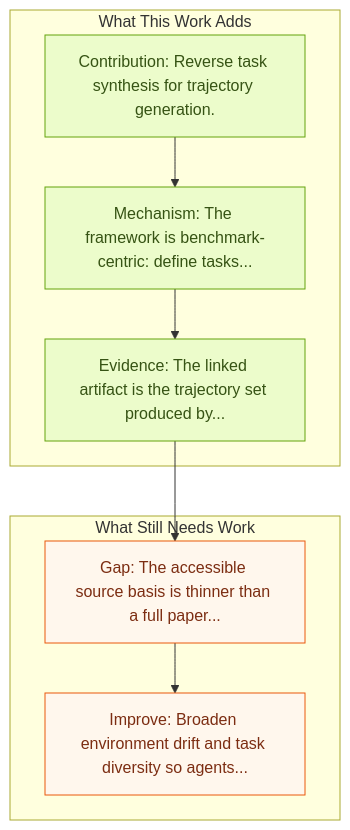
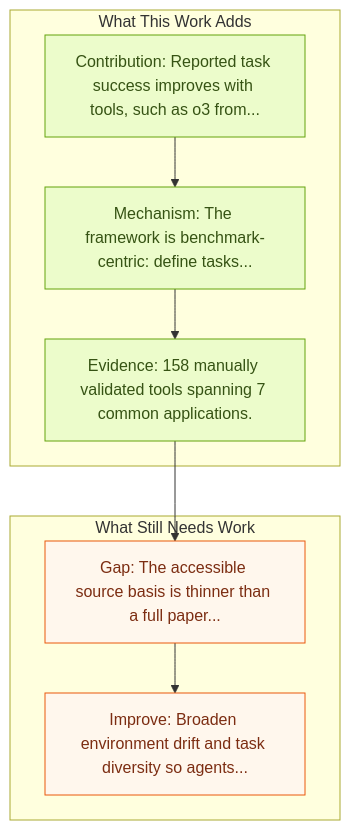
One commit to wjhou/awesome-computer-use-agents changed the second of 2 diagrams in reports/link-audit/papers/benchmarks-and-datasets/os-genesis-trajectories.md. Above: the diagram before and after it, drawn with Mermaid. The commit also changed other lines of this file and 65 other files, not shown here.

````diff
--- a/reports/link-audit/papers/benchmarks-and-datasets/os-genesis-trajectories.md
+++ b/reports/link-audit/papers/benchmarks-and-datasets/os-genesis-trajectories.md
@@ -48,17 +48,17 @@
 ```mermaid
 flowchart TB
   subgraph Adds["What This Work Adds"]
-    C1["Contribution: Reverse task synthesis for trajectory generation."]
+    C1["Contribution: Reported task success improves with tools, such as o3 from..."]
     C2["Mechanism: The framework is benchmark-centric: define tasks..."]
-    C3["Evidence: The linked artifact is the trajectory set produced by..."]
+    C3["Evidence: 158 manually validated tools spanning 7 common applications."]
   end
   subgraph Watch["What Still Needs Work"]
     W1["Gap: The accessible source basis is thinner than a full paper..."]
     W2["Improve: Broaden environment drift and task diversity so agents..."]
   end
   C1 --> C2 --> C3 --> W1 --> W2
   classDef add fill:#ecfccb,stroke:#65a30d,color:#365314;
   classDef watch fill:#fff7ed,stroke:#ea580c,color:#7c2d12;
   class C1,C2,C3 add;
   class W1,W2 watch;
 ```
````
